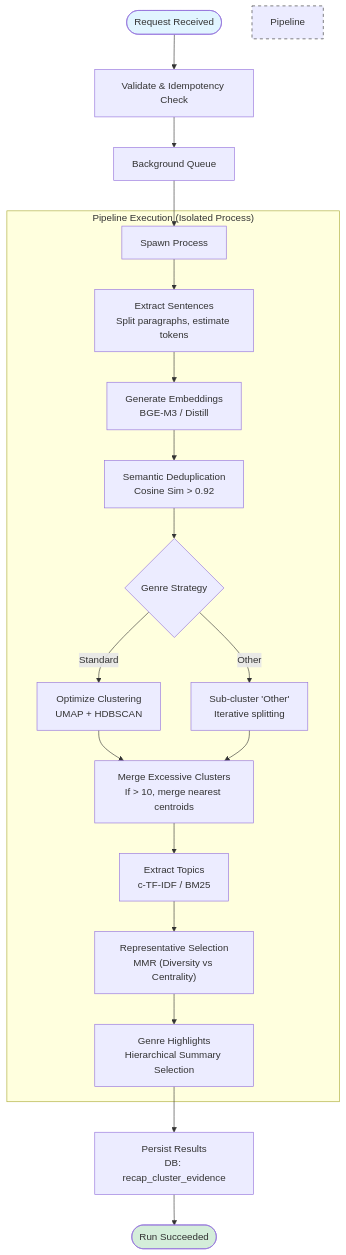
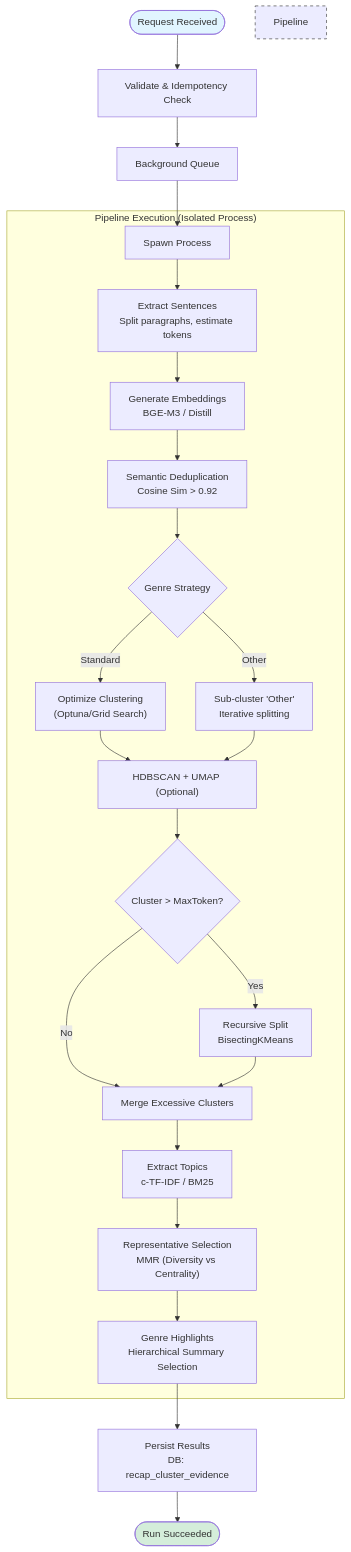
The first of 2 diagrams in docs/recap-subworker.md (Kaikei-e/Alt), drawn with Mermaid before and after one commit. The commit also changed other lines of this file, not shown here.

````diff
--- a/docs/recap-subworker.md
+++ b/docs/recap-subworker.md
@@ -48,32 +51,38 @@
 ```mermaid
 flowchart TB
     Start([Request Received]) --> Validate["Validate & Idempotency Check"]
     Validate --> Queue["Background Queue"]
     Queue --> Spawn["Spawn Process"]
 
     subgraph "Pipeline Execution (Isolated Process)"
         Spawn --> Extract["Extract Sentences<br/>Split paragraphs, estimate tokens"]
         Extract --> Embed["Generate Embeddings<br/>BGE-M3 / Distill"]
         Embed --> Dedup["Semantic Deduplication<br/>Cosine Sim > 0.92"]
 
         Dedup --> ClusterStrategy{"Genre Strategy"}
         ClusterStrategy -->|Other| SubCluster["Sub-cluster 'Other'<br/>Iterative splitting"]
-        ClusterStrategy -->|Standard| Optimize["Optimize Clustering<br/>UMAP + HDBSCAN"]
+        ClusterStrategy -->|Standard| Optimize["Optimize Clustering<br/>(Optuna/Grid Search)"]
 
-        Optimize --> Merge["Merge Excessive Clusters<br/>If > 10, merge nearest centroids"]
-        SubCluster --> Merge
+        Optimize --> HDBSCAN["HDBSCAN + UMAP (Optional)"]
+        SubCluster --> HDBSCAN
+
+        HDBSCAN --> RecursiveCheck{Cluster > MaxToken?}
+        RecursiveCheck -->|Yes| Bisect["Recursive Split<br/>BisectingKMeans"]
+        RecursiveCheck -->|No| Merge
+
+        Bisect --> Merge["Merge Excessive Clusters"]
 
         Merge --> Topics["Extract Topics<br/>c-TF-IDF / BM25"]
 
         Topics --> Select["Representative Selection<br/>MMR (Diversity vs Centrality)"]
 
         Select --> Highlights["Genre Highlights<br/>Hierarchical Summary Selection"]
     end
 
     Highlights --> Persist["Persist Results<br/>DB: recap_cluster_evidence"]
     Persist --> Complete([Run Succeeded])
 
     style Start fill:#e1f5ff
     style Complete fill:#d4edda
     style Pipeline Execution fill:#f9f9f9,stroke:#333,stroke-dasharray: 5 5
 ```
````
